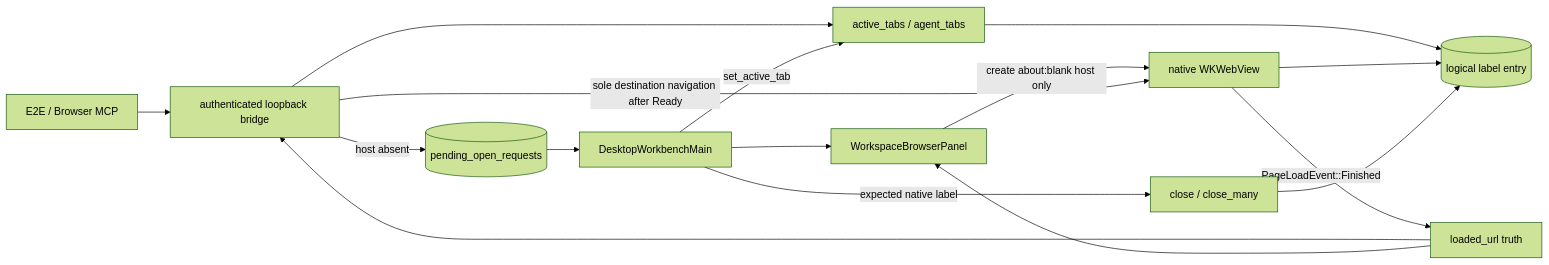
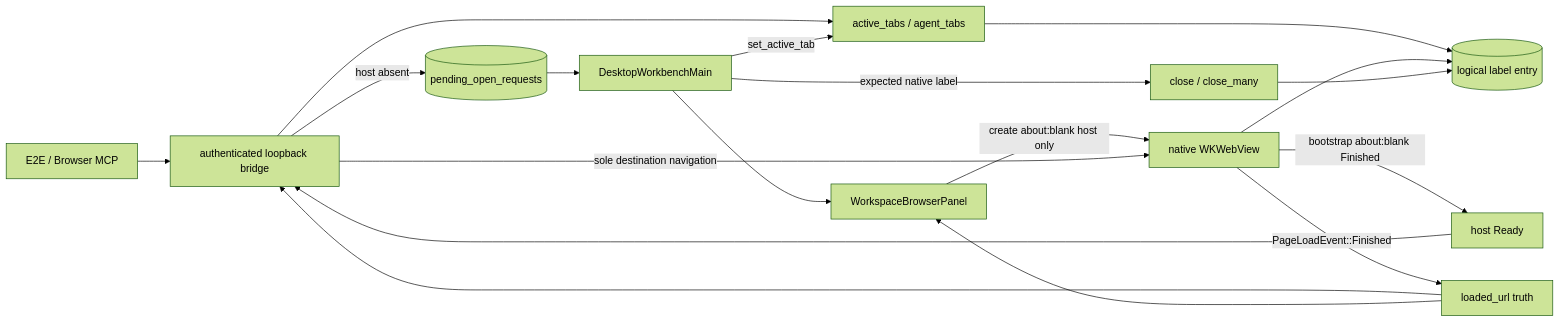
The first of 2 diagrams in docs/en/architecture/embedded-browser.md (wecode-ai/Wegent), drawn with Mermaid (forest theme) before and after one commit. The commit also changed other lines of this file and 3 other files, not shown here.

Commit message:
fix(wework): wait for browser bootstrap before bridge navigation

````diff
--- a/docs/en/architecture/embedded-browser.md
+++ b/docs/en/architecture/embedded-browser.md
@@ -9,18 +9,20 @@
 ```mermaid
 flowchart LR
     CALLER[E2E / Browser MCP] --> BRIDGE[authenticated loopback bridge]
     BRIDGE --> ROUTE[active_tabs / agent_tabs]
     ROUTE --> ENTRY[(logical label entry)]
     BRIDGE -->|host absent| PENDING[(pending_open_requests)]
     PENDING --> MAIN[DesktopWorkbenchMain]
     MAIN --> PANEL[WorkspaceBrowserPanel]
     PANEL -->|create about:blank host only| WEBVIEW[native WKWebView]
     WEBVIEW --> ENTRY
-    BRIDGE -->|sole destination navigation after Ready| WEBVIEW
+    WEBVIEW -->|bootstrap about:blank Finished| READY[host Ready]
+    READY --> BRIDGE
+    BRIDGE -->|sole destination navigation| WEBVIEW
     WEBVIEW -->|PageLoadEvent::Finished| LOADED[loaded_url truth]
     LOADED --> BRIDGE
     LOADED --> PANEL
     MAIN -->|set_active_tab| ROUTE
     MAIN -->|expected native label| CLOSE[close / close_many]
     CLOSE --> ENTRY
 ```
````
